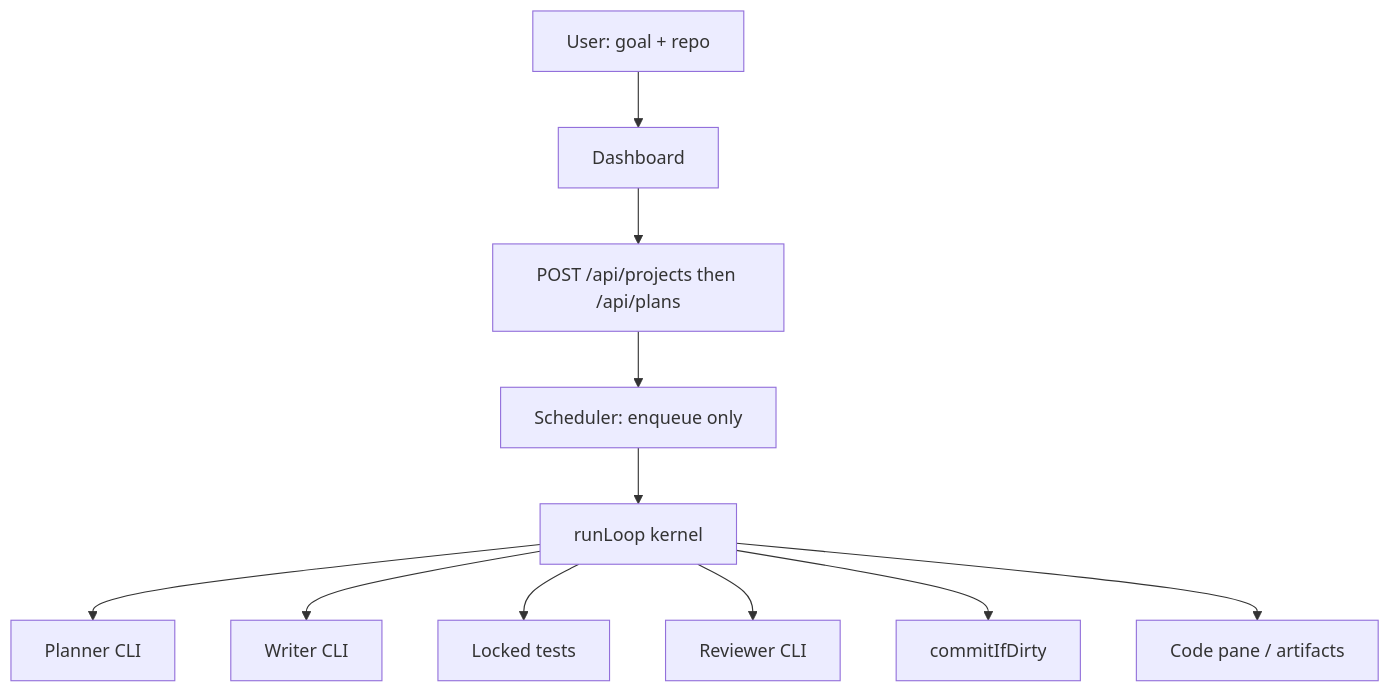
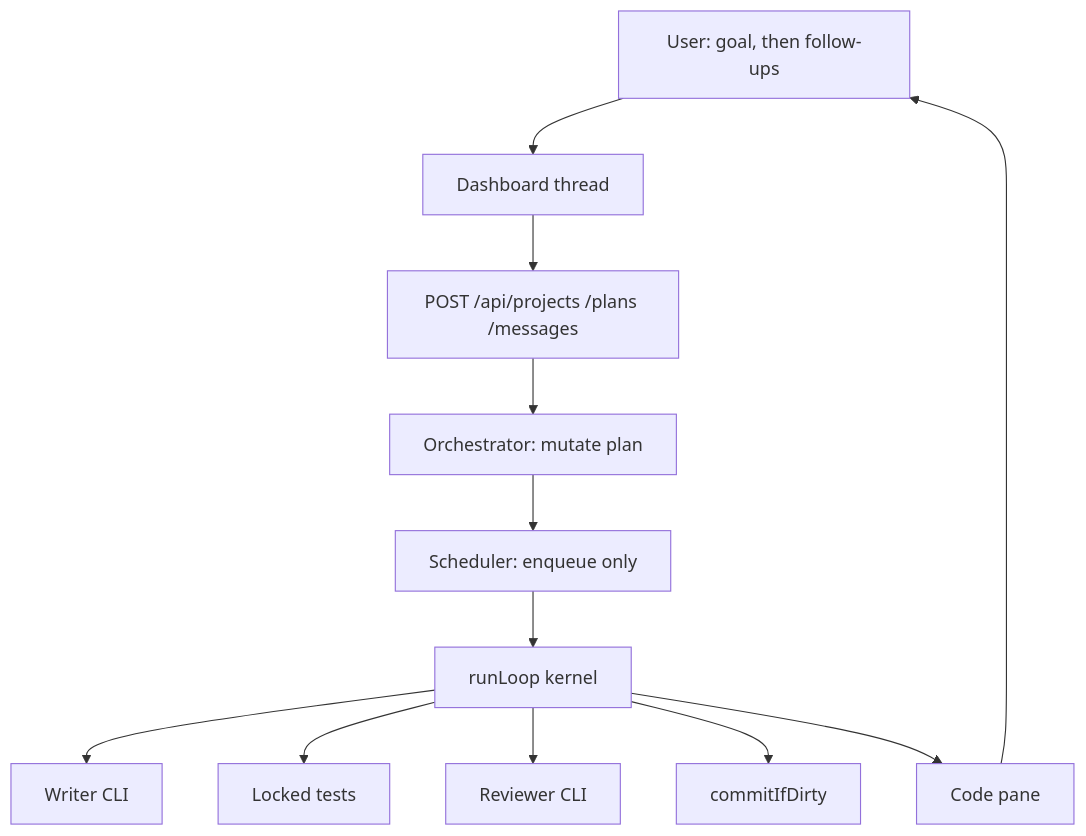
One commit to sams222/Choreo changed the diagram in docs/PLATFORM.md. Above: the diagram before and after it, drawn with Mermaid. The commit also changed other lines of this file, not shown here.

First line of the commit message:
Treat orchestrator dialogue as a first-class Phase E requirement.

````diff
--- a/docs/PLATFORM.md
+++ b/docs/PLATFORM.md
@@ -66,13 +69,14 @@
 ```mermaid
 flowchart TB
-  User[User: goal + repo] --> UI[Dashboard]
-  UI --> HTTP[POST /api/projects then /api/plans]
-  HTTP --> Sched[Scheduler: enqueue only]
+  User[User: goal, then follow-ups] --> UI[Dashboard thread]
+  UI --> HTTP[POST /api/projects /plans /messages]
+  HTTP --> Orch[Orchestrator: mutate plan]
+  Orch --> Sched[Scheduler: enqueue only]
   Sched --> Loop[runLoop kernel]
-  Loop --> PlanCLI[Planner CLI]
   Loop --> Writer[Writer CLI]
   Loop --> Oracle[Locked tests]
   Loop --> Review[Reviewer CLI]
   Loop --> Git[commitIfDirty]
-  Loop --> Files[Code pane / artifacts]
+  Loop --> Files[Code pane]
+  Files --> User
 ```
````
